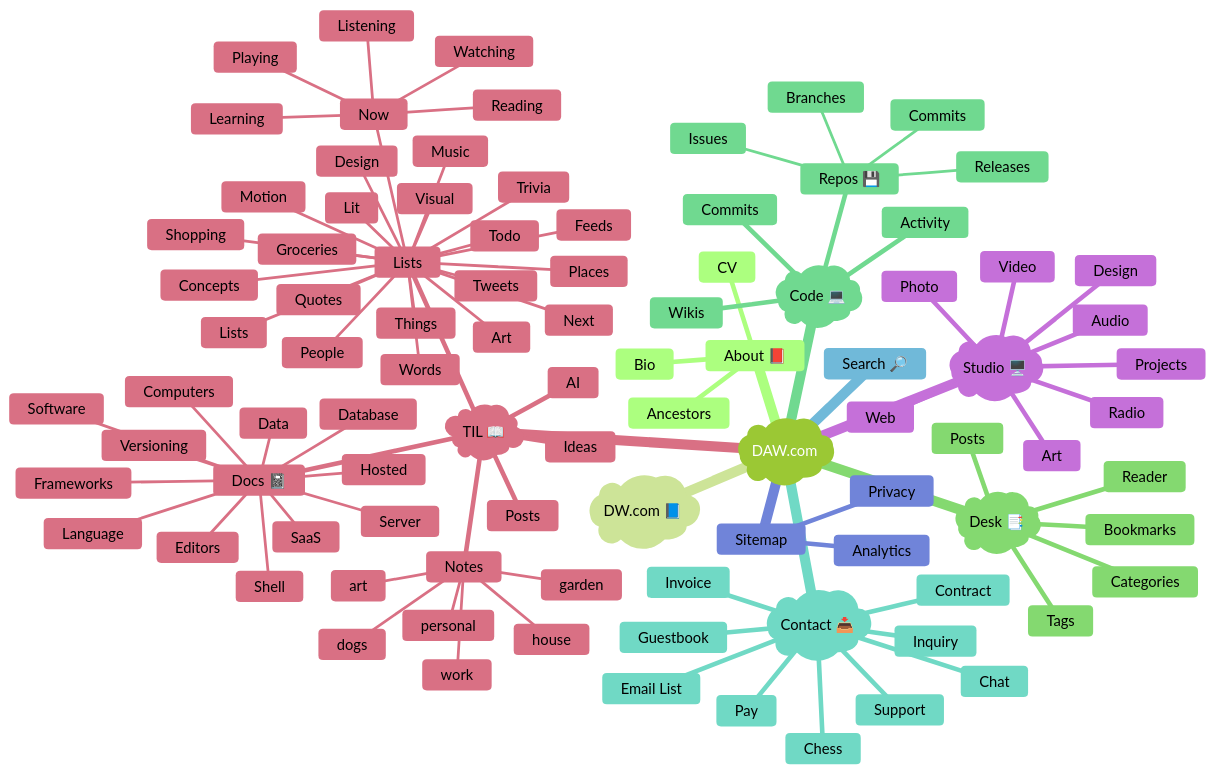
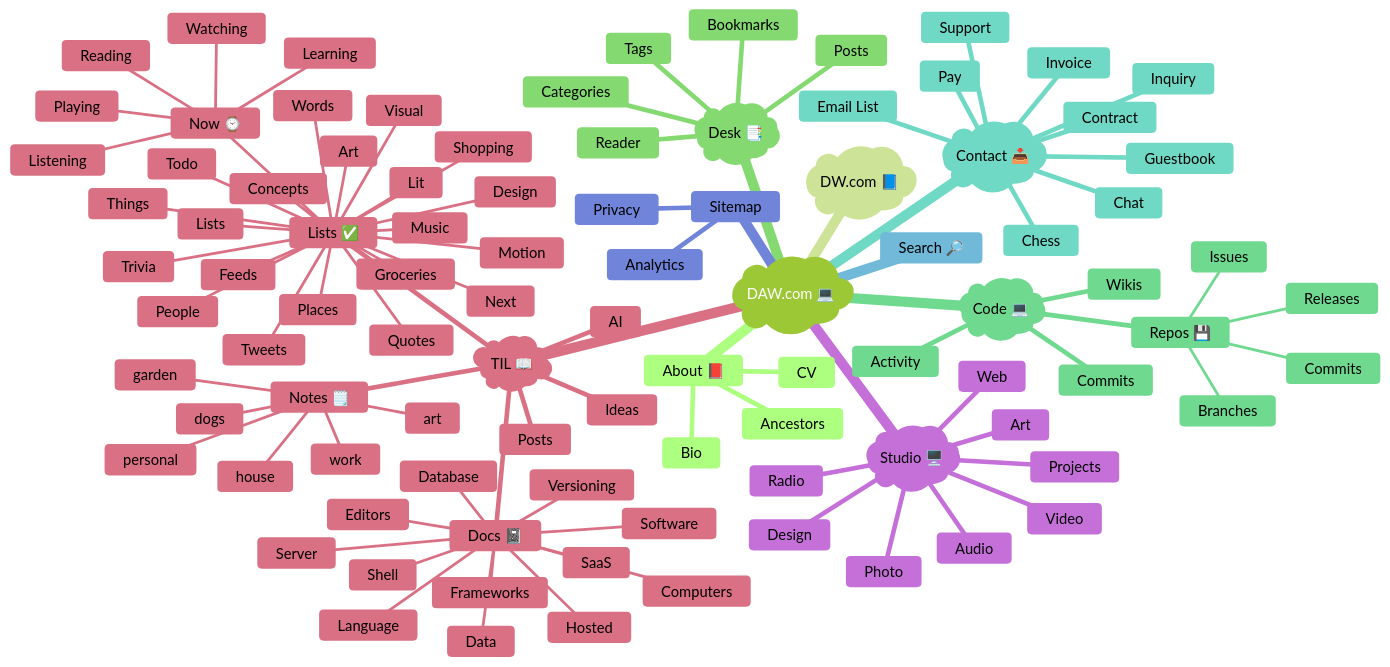
The diagram in src/pages/map.md (windhamdavid/til), drawn with Mermaid before and after one commit. The commit also changed other lines of this file and 7 other files, not shown here.

Commit message:
md-graph

```diff
--- a/src/pages/map.md
+++ b/src/pages/map.md
@@ -26,7 +17,7 @@
   }
 }%%
 mindmap
-  root)DAW.com(
+  root)DAW.com 💻(
     About 📕
       Ancestors
       Bio
@@ -86,15 +77,15 @@
         Software
         Versioning
       Ideas
-      Notes
+      Notes 🗒️
         art
         dogs
         garden
         house
         personal
         work
-      Lists
-        Now
+      Lists ✅
+        Now ⌚️
           Learning
           Listening
           Playing
```
